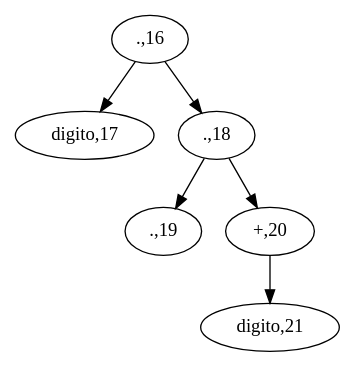
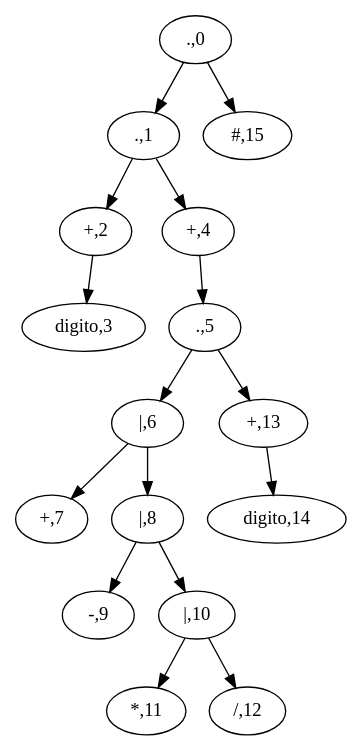
The diagram in Arboles/Arbol.dot (fraced97/Practica1_Compi1), drawn with Graphviz before and after one commit. The commit also changed 18 other files, not shown here.

```diff
--- a/Arboles/Arbol.dot
+++ b/Arboles/Arbol.dot
@@ -1,14 +1,34 @@
 digraph G {
 
-".,16";
-".,16"->"digito,17";
-".,16"->".,18";
-"digito,17";
-".,18";
-".,18"->".,19";
-".,18"->"+,20";
-".,19";
-"+,20";
-"+,20"->"digito,21";
-"digito,21";
+".,0";
+".,0"->".,1";
+".,0"->"#,15";
+".,1";
+".,1"->"+,2";
+".,1"->"+,4";
+"+,2";
+"+,2"->"digito,3";
+"digito,3";
+"+,4";
+"+,4"->".,5";
+".,5";
+".,5"->"|,6";
+".,5"->"+,13";
+"|,6";
+"|,6"->"+,7";
+"|,6"->"|,8";
+"+,7";
+"|,8";
+"|,8"->"-,9";
+"|,8"->"|,10";
+"-,9";
+"|,10";
+"|,10"->"*,11";
+"|,10"->"/,12";
+"*,11";
+"/,12";
+"+,13";
+"+,13"->"digito,14";
+"digito,14";
+"#,15";
 }
```
